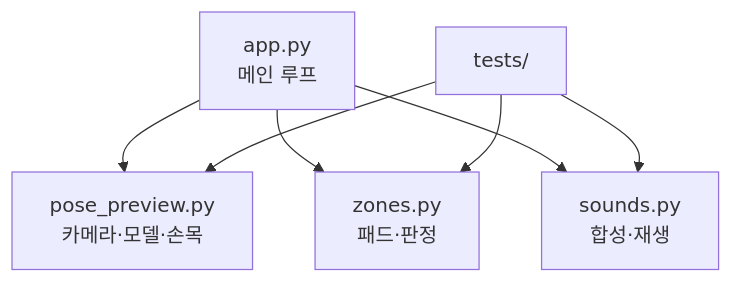
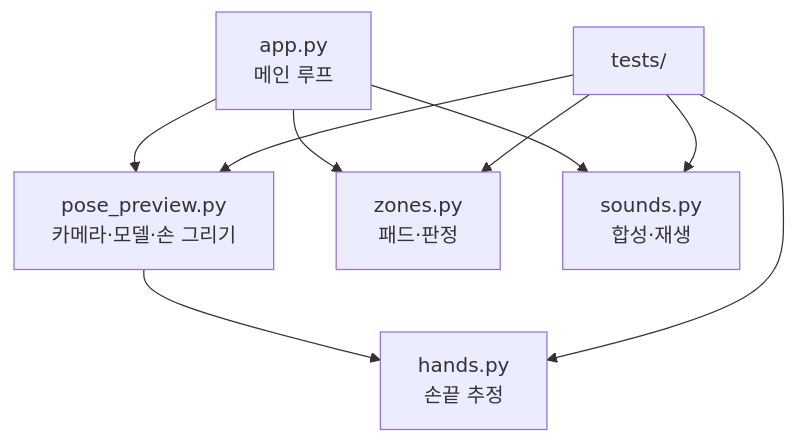
One commit to eple-lab/yolo-beat changed the second of 3 diagrams in docs/02-architecture.md. Above: the diagram before and after it, drawn with Mermaid. The commit also changed other lines of this file and 13 other files, not shown here.

````diff
--- a/docs/02-architecture.md
+++ b/docs/02-architecture.md
@@ -33,9 +33,11 @@
 ```mermaid
 flowchart TB
-    app[app.py<br/>메인 루프] --> pp[pose_preview.py<br/>카메라·모델·손목]
+    app[app.py<br/>메인 루프] --> pp[pose_preview.py<br/>카메라·모델·손 그리기]
+    pp --> hands[hands.py<br/>손끝 추정]
     app --> zones[zones.py<br/>패드·판정]
     app --> sounds[sounds.py<br/>합성·재생]
-    tests[tests/] --> zones
+    tests[tests/] --> hands
+    tests --> zones
     tests --> sounds
     tests --> pp
 ```
````
